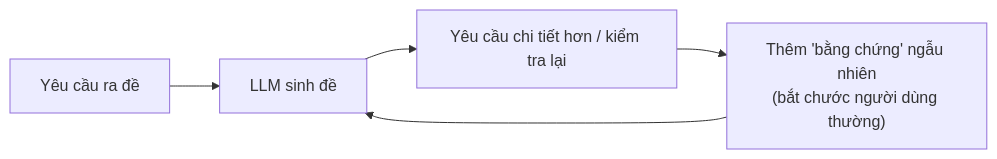
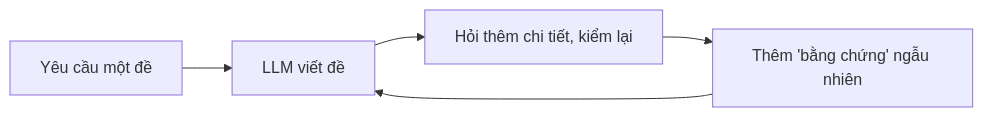
One commit to ndmhuy/ASTRA changed the fourth of 16 diagrams in docs/ct-slide-plan.md. Above: the diagram before and after it, drawn with Mermaid. The commit also changed other lines of this file and 1 other file, not shown here.

````diff
--- a/docs/ct-slide-plan.md
+++ b/docs/ct-slide-plan.md
@@ -255,7 +217,7 @@
 ```mermaid
 flowchart LR
-    U["Yêu cầu ra đề"] --> L["LLM sinh đề"]
-    L --> V["Yêu cầu chi tiết hơn / kiểm tra lại"]
-    V --> E["Thêm 'bằng chứng' ngẫu nhiên<br/>(bắt chước người dùng thường)"]
+    U["Yêu cầu một đề"] --> L["LLM viết đề"]
+    L --> V["Hỏi thêm chi tiết, kiểm lại"]
+    V --> E["Thêm 'bằng chứng' ngẫu nhiên"]
     E --> L
 ```
````
